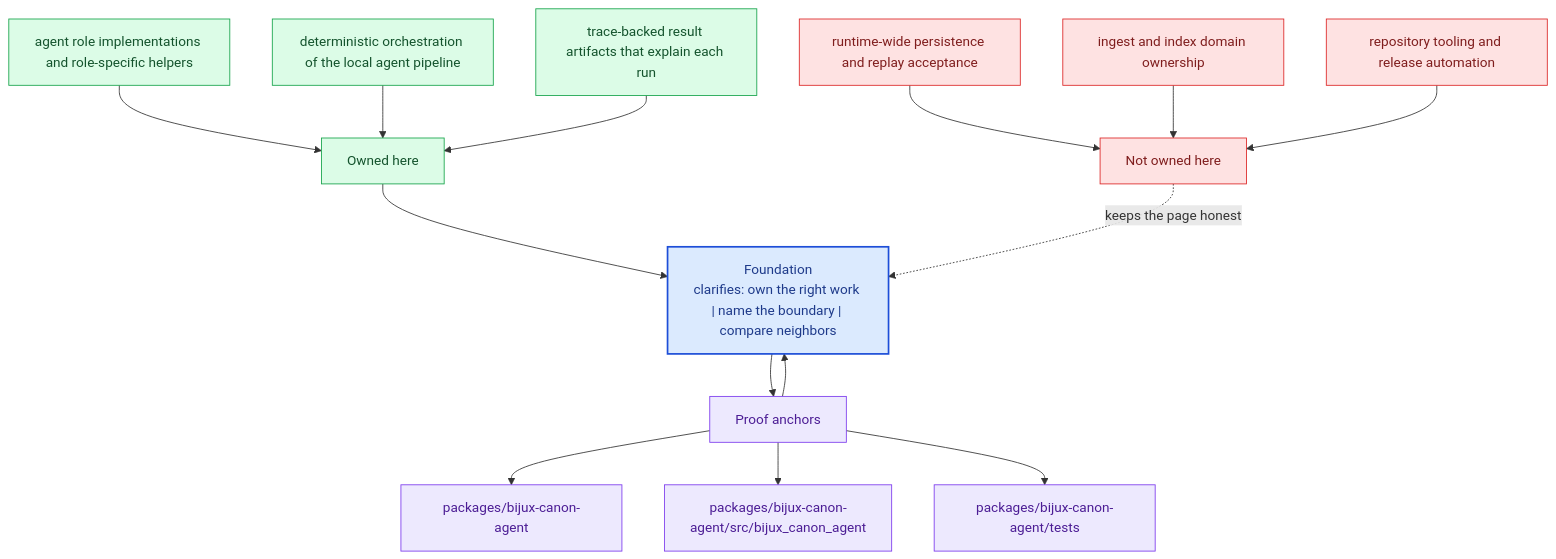
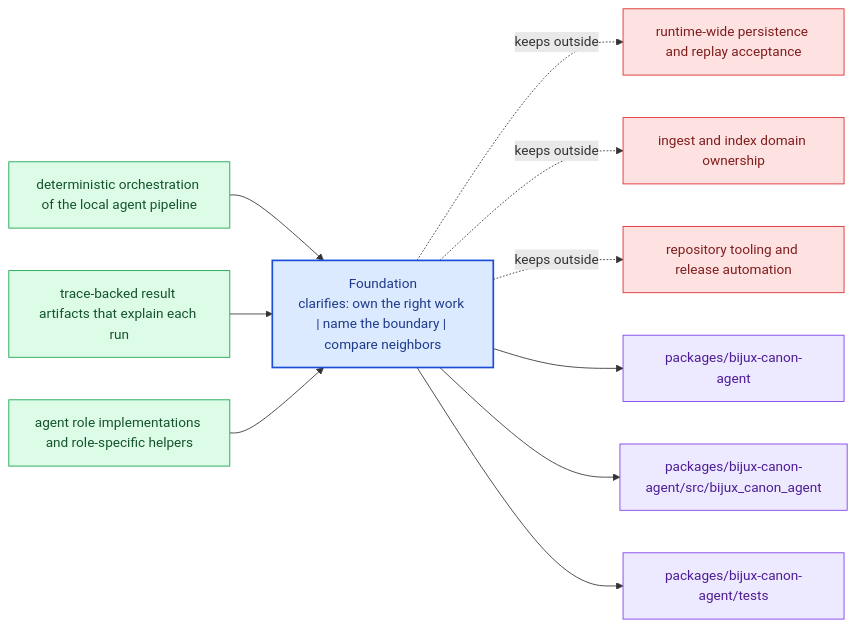
The diagram in docs/bijux-canon-agent/foundation/index.md (bijux/bijux-canon), drawn with Mermaid before and after one commit. The commit also changed other lines of this file and 281 other files, not shown here.

Commit message:
docs(diagrams): replace repeated mermaid scaffolds with page-specific summaries

````diff
--- a/docs/bijux-canon-agent/foundation/index.md
+++ b/docs/bijux-canon-agent/foundation/index.md
@@ -65,40 +20,31 @@
 ```mermaid
-flowchart TB
-    promise["Foundation<br/>clarifies: own the right work | name the boundary | compare neighbors"]
-    classDef promise fill:#dbeafe,stroke:#1d4ed8,color:#1e3a8a,stroke-width:2px;
-    classDef driver fill:#dcfce7,stroke:#16a34a,color:#14532d;
-    classDef constraint fill:#fee2e2,stroke:#dc2626,color:#7f1d1d;
-    classDef ground fill:#ede9fe,stroke:#7c3aed,color:#4c1d95;
-    focus1["Owned here"]
-    focus1 --> promise
-    focus1_1["agent role implementations and role-specific helpers"]
-    focus1_1 --> focus1
-    focus1_2["deterministic orchestration of the local agent pipeline"]
-    focus1_2 --> focus1
-    focus1_3["trace-backed result artifacts that explain each run"]
-    focus1_3 --> focus1
-    class focus1 driver;
-    class focus1_1,focus1_2,focus1_3 driver;
-    focus2["Not owned here"]
-    focus2 -.keeps the page honest.-> promise
-    focus2_1["runtime-wide persistence and replay acceptance"]
-    focus2_1 --> focus2
-    focus2_2["ingest and index domain ownership"]
-    focus2_2 --> focus2
-    focus2_3["repository tooling and release automation"]
-    focus2_3 --> focus2
-    class focus2 constraint;
-    class focus2_1,focus2_2,focus2_3 constraint;
-    focus3["Proof anchors"]
-    focus3 --> promise
-    promise --> focus3
-    focus3_1["packages/bijux-canon-agent"]
-    focus3 --> focus3_1
-    focus3_2["packages/bijux-canon-agent/src/bijux_canon_agent"]
-    focus3 --> focus3_2
-    focus3_3["packages/bijux-canon-agent/tests"]
-    focus3 --> focus3_3
-    class focus3 ground;
-    class focus3_1,focus3_2,focus3_3 ground;
-    class promise promise;
+flowchart LR
+    page["Foundation<br/>clarifies: own the right work | name the boundary | compare neighbors"]
+    classDef page fill:#dbeafe,stroke:#1d4ed8,color:#1e3a8a,stroke-width:2px;
+    classDef positive fill:#dcfce7,stroke:#16a34a,color:#14532d;
+    classDef caution fill:#fee2e2,stroke:#dc2626,color:#7f1d1d;
+    classDef anchor fill:#ede9fe,stroke:#7c3aed,color:#4c1d95;
+    classDef action fill:#fef3c7,stroke:#d97706,color:#7c2d12;
+    own1["deterministic orchestration of the local agent pipeline"]
+    own1 --> page
+    own2["trace-backed result artifacts that explain each run"]
+    own2 --> page
+    own3["agent role implementations and role-specific helpers"]
+    own3 --> page
+    limit1["runtime-wide persistence and replay acceptance"]
+    page -.keeps outside.-> limit1
+    limit2["ingest and index domain ownership"]
+    page -.keeps outside.-> limit2
+    limit3["repository tooling and release automation"]
+    page -.keeps outside.-> limit3
+    anchor1["packages/bijux-canon-agent"]
+    page --> anchor1
+    anchor2["packages/bijux-canon-agent/src/bijux_canon_agent"]
+    page --> anchor2
+    anchor3["packages/bijux-canon-agent/tests"]
+    page --> anchor3
+    class page page;
+    class own1,own2,own3 positive;
+    class limit1,limit2,limit3 caution;
+    class anchor1,anchor2,anchor3 anchor;
 ```
````
